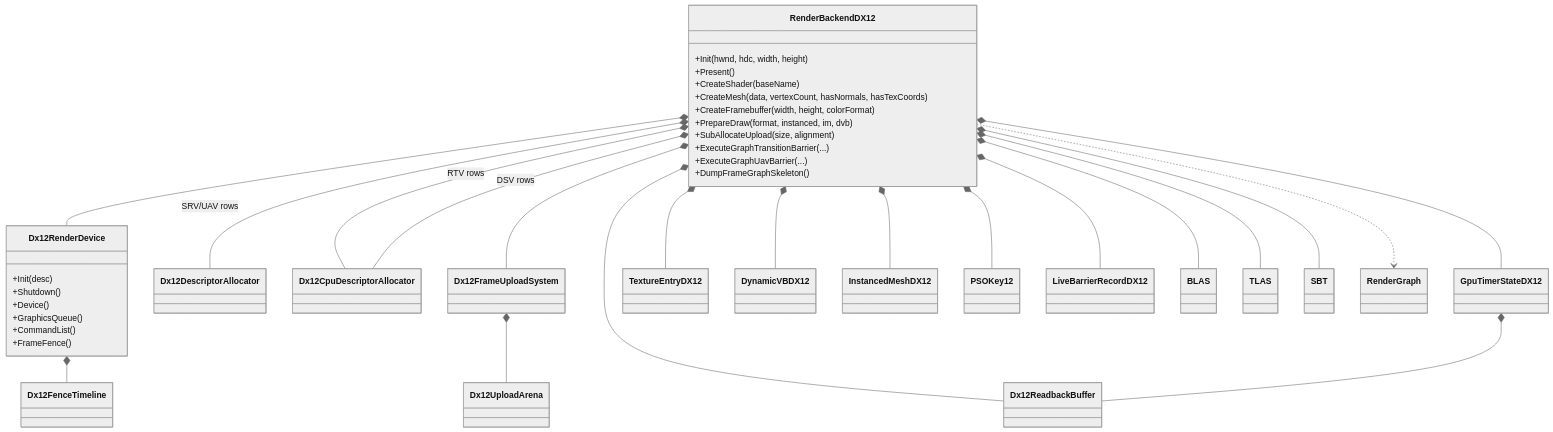
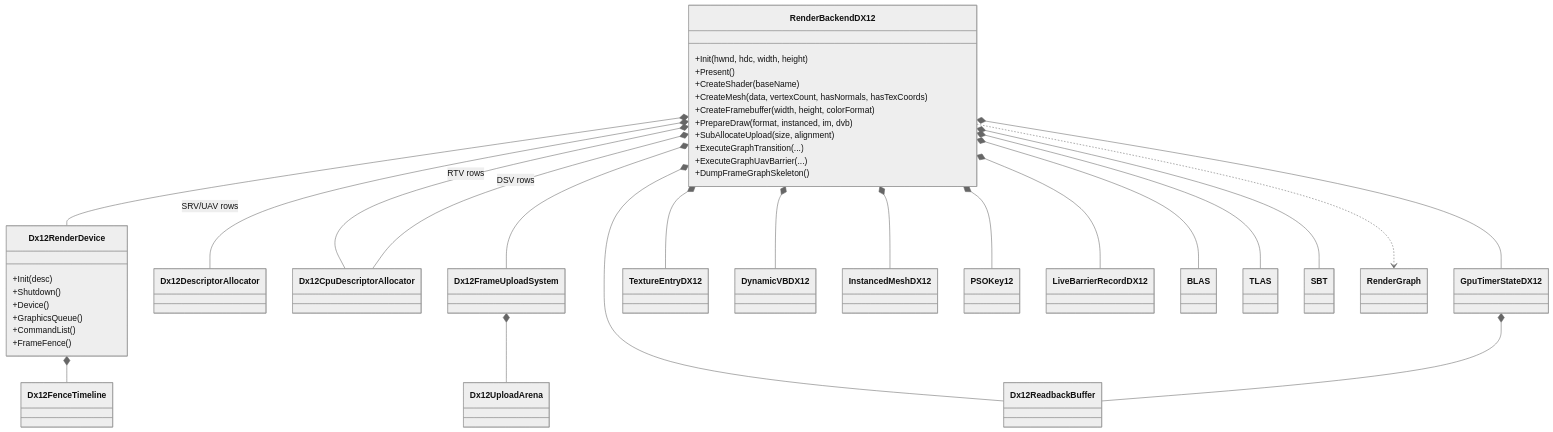
The fourth of 9 diagrams in Agentic/Reference/skullbonez-core-class-structure.md (skullbonez/SkullbonezCore), drawn with Mermaid (neutral theme) before and after one commit. The commit also changed 5 other files, not shown here.

First line of the commit message:
docs: close architecture checkpoint

````diff
--- a/Agentic/Reference/skullbonez-core-class-structure.md
+++ b/Agentic/Reference/skullbonez-core-class-structure.md
@@ -310,64 +310,64 @@
 ```mermaid
 classDiagram
 direction TB
 
 class RenderBackendDX12 {
   +Init(hwnd, hdc, width, height)
   +Present()
   +CreateShader(baseName)
   +CreateMesh(data, vertexCount, hasNormals, hasTexCoords)
   +CreateFramebuffer(width, height, colorFormat)
   +PrepareDraw(format, instanced, im, dvb)
   +SubAllocateUpload(size, alignment)
-  +ExecuteGraphTransitionBarrier(...)
+  +ExecuteGraphTransition(...)
   +ExecuteGraphUavBarrier(...)
   +DumpFrameGraphSkeleton()
 }
 
 class Dx12RenderDevice {
   +Init(desc)
   +Shutdown()
   +Device()
   +GraphicsQueue()
   +CommandList()
   +FrameFence()
 }
 
 class Dx12FenceTimeline
 class Dx12DescriptorAllocator
 class Dx12CpuDescriptorAllocator
 class Dx12FrameUploadSystem
 class Dx12UploadArena
 class Dx12ReadbackBuffer
 class GpuTimerStateDX12
 class TextureEntryDX12
 class DynamicVBDX12
 class InstancedMeshDX12
 class PSOKey12
 class LiveBarrierRecordDX12
 class BLAS
 class TLAS
 class SBT
 class RenderGraph
 
 RenderBackendDX12 *-- Dx12RenderDevice
 RenderBackendDX12 *-- Dx12DescriptorAllocator : SRV/UAV rows
 RenderBackendDX12 *-- Dx12CpuDescriptorAllocator : RTV rows
 RenderBackendDX12 *-- Dx12CpuDescriptorAllocator : DSV rows
 RenderBackendDX12 *-- Dx12FrameUploadSystem
 RenderBackendDX12 *-- Dx12ReadbackBuffer
 RenderBackendDX12 *-- GpuTimerStateDX12
 RenderBackendDX12 *-- TextureEntryDX12
 RenderBackendDX12 *-- DynamicVBDX12
 RenderBackendDX12 *-- InstancedMeshDX12
 RenderBackendDX12 *-- PSOKey12
 RenderBackendDX12 *-- LiveBarrierRecordDX12
 RenderBackendDX12 *-- BLAS
 RenderBackendDX12 *-- TLAS
 RenderBackendDX12 *-- SBT
 RenderBackendDX12 ..> RenderGraph
 
 Dx12RenderDevice *-- Dx12FenceTimeline
 Dx12FrameUploadSystem *-- Dx12UploadArena
 GpuTimerStateDX12 *-- Dx12ReadbackBuffer
 ```
````
